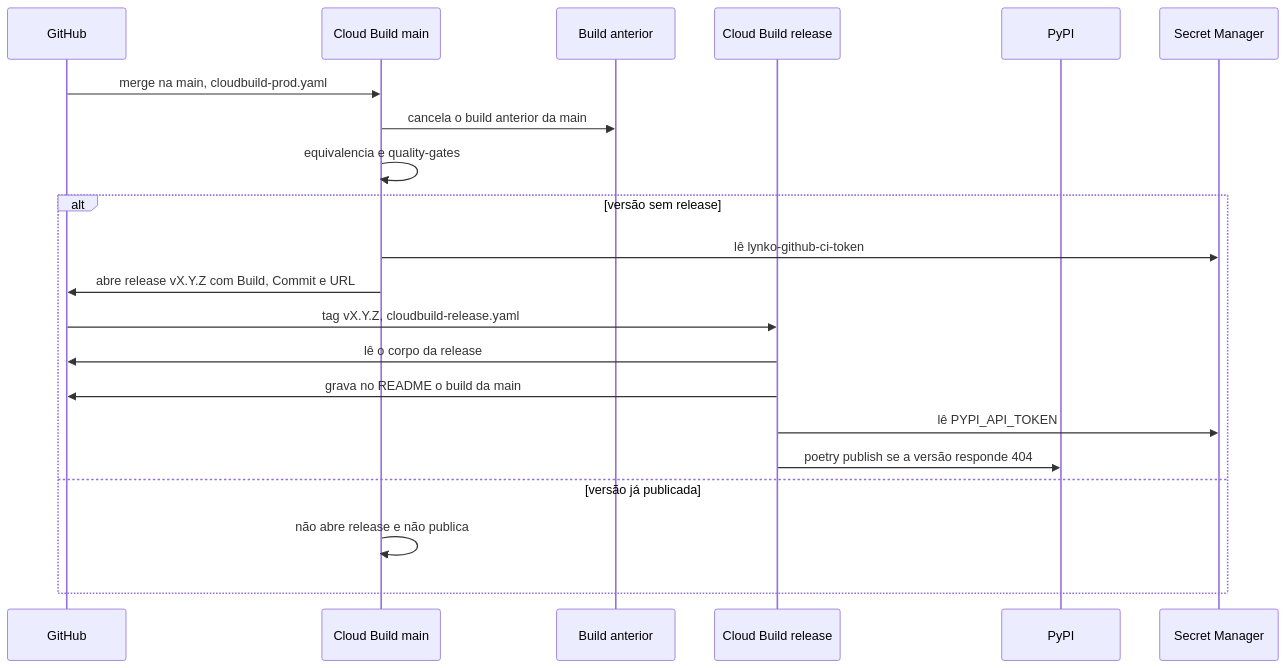
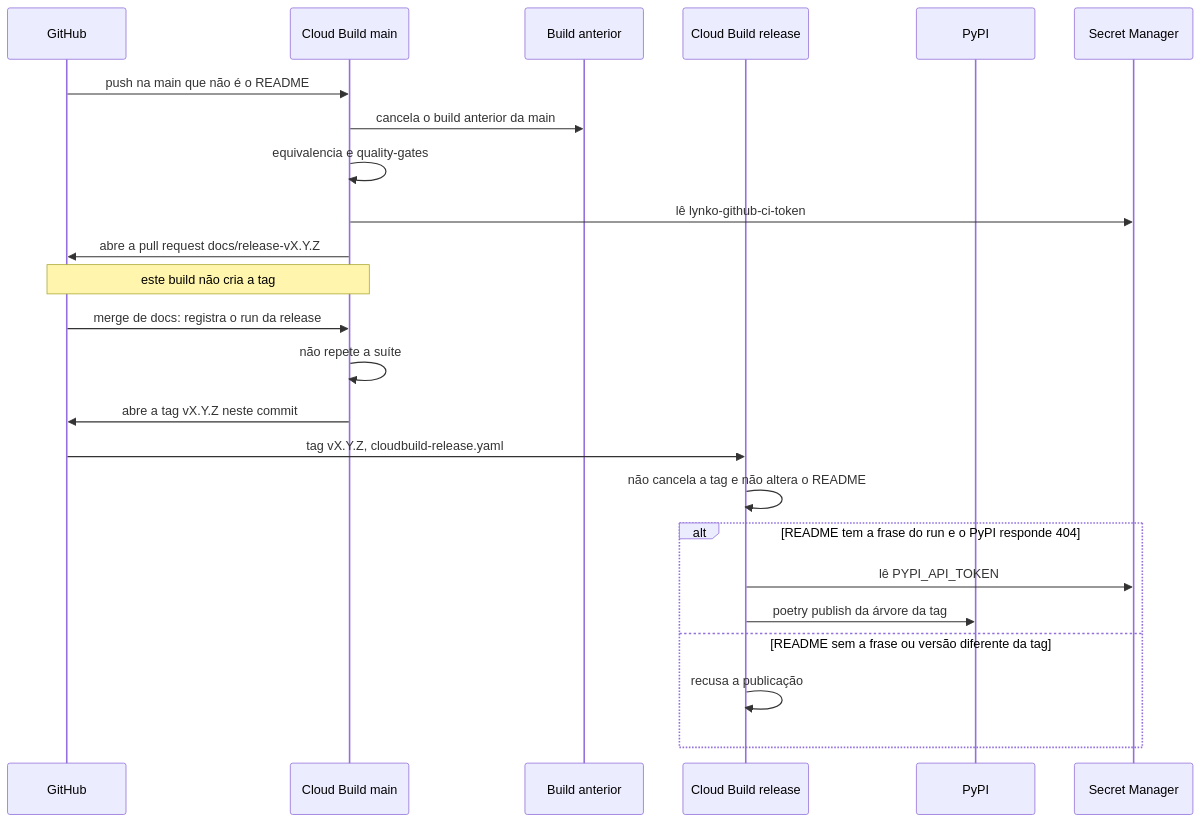
The second of 3 diagrams in docs/publicacao-flow.md (garusocruz/calculadora-rtc-simples-nacional), drawn with Mermaid before and after one commit. The commit also changed other lines of this file, not shown here.

Commit message:
docs: o flow da publicação abre a pull request do README

````diff
--- a/docs/publicacao-flow.md
+++ b/docs/publicacao-flow.md
@@ -32,23 +37,26 @@
 ```mermaid
 sequenceDiagram
   participant GH as GitHub
   participant Main as Cloud Build main
   participant Old as Build anterior
   participant Rel as Cloud Build release
   participant Py as PyPI
   participant SM as Secret Manager
-  GH->>Main: merge na main, cloudbuild-prod.yaml
+  GH->>Main: push na main que não é o README
   Main->>Old: cancela o build anterior da main
   Main->>Main: equivalencia e quality-gates
-  alt versão sem release
-    Main->>SM: lê lynko-github-ci-token
-    Main->>GH: abre release vX.Y.Z com Build, Commit e URL
-    GH->>Rel: tag vX.Y.Z, cloudbuild-release.yaml
-    Rel->>GH: lê o corpo da release
-    Rel->>GH: grava no README o build da main
+  Main->>SM: lê lynko-github-ci-token
+  Main->>GH: abre a pull request docs/release-vX.Y.Z
+  Note over Main,GH: este build não cria a tag
+  GH->>Main: merge de docs: registra o run da release
+  Main->>Main: não repete a suíte
+  Main->>GH: abre a tag vX.Y.Z neste commit
+  GH->>Rel: tag vX.Y.Z, cloudbuild-release.yaml
+  Rel->>Rel: não cancela a tag e não altera o README
+  alt README tem a frase do run e o PyPI responde 404
     Rel->>SM: lê PYPI_API_TOKEN
-    Rel->>Py: poetry publish se a versão responde 404
-  else versão já publicada
-    Main->>Main: não abre release e não publica
+    Rel->>Py: poetry publish da árvore da tag
+  else README sem a frase ou versão diferente da tag
+    Rel->>Rel: recusa a publicação
   end
 ```
````
